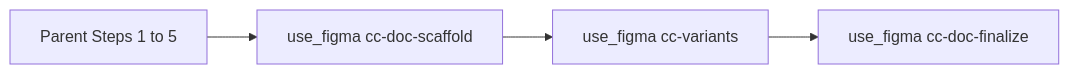
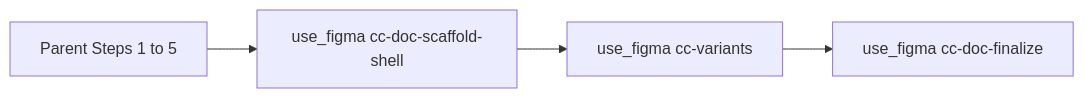
Before and after one commit to JBabcock-DL/DesignOps-plugin: the diagram in skills/create-component/conventions/08-cursor-composer-mcp.md, drawn with Mermaid. The commit also changed other lines of this file and 76 other files, not shown here.

````diff
--- a/skills/create-component/conventions/08-cursor-composer-mcp.md
+++ b/skills/create-component/conventions/08-cursor-composer-mcp.md
@@ -152,10 +148,10 @@
 ```mermaid
 flowchart LR
   parent[Parent Steps 1 to 5]
-  u0[use_figma cc-doc-scaffold]
+  u0[use_figma cc-doc-scaffold-shell]
   u1[use_figma cc-variants]
   u5[use_figma cc-doc-finalize]
   parent --> u0
   u0 --> u1
   u1 --> u5
 ```
````
